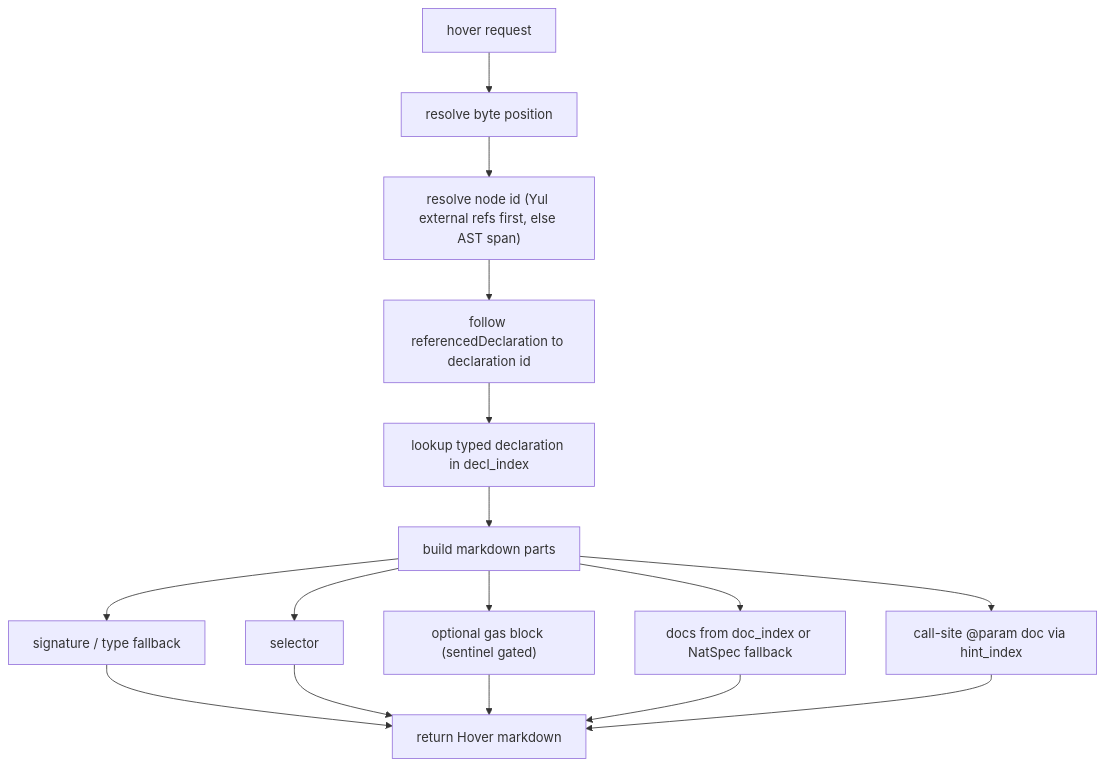
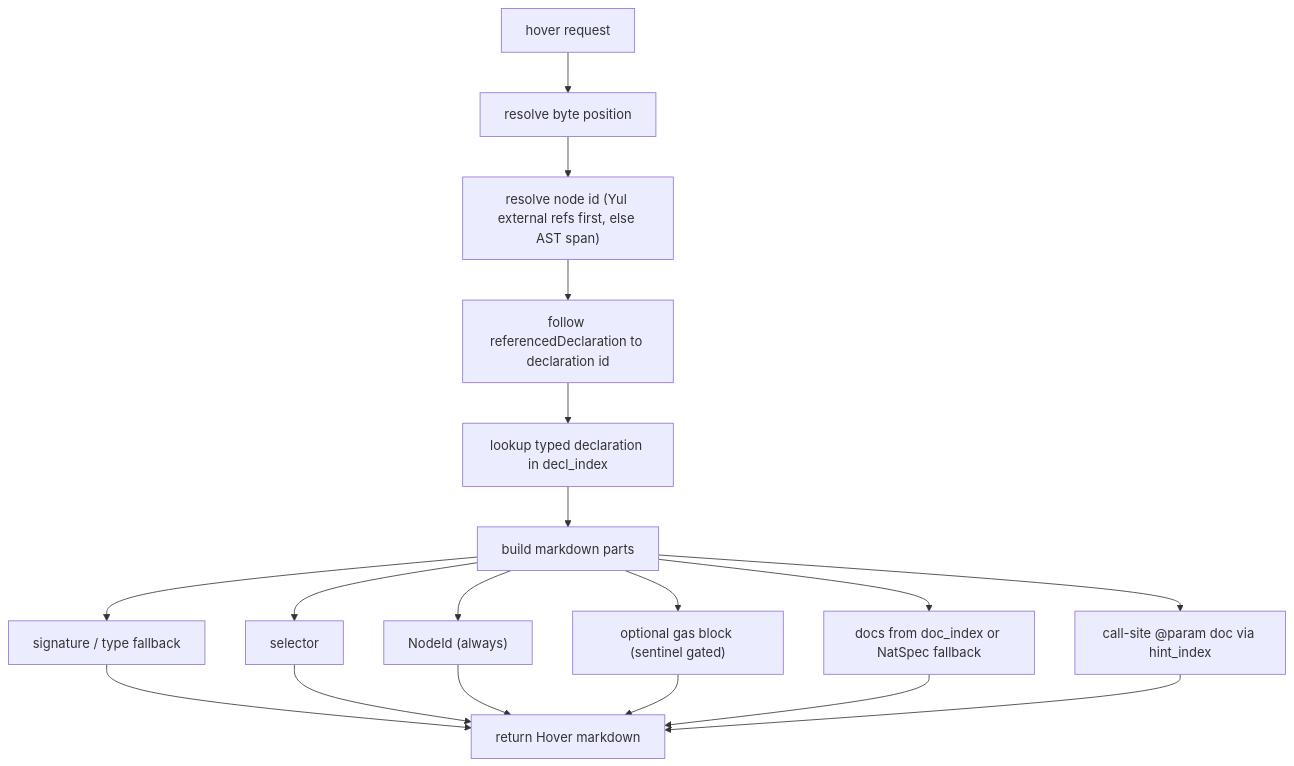
Before and after one commit to mmsaki/solidity-language-server: the diagram in docs/pages/reference/hover.md, drawn with Mermaid. The commit also changed other lines of this file and 19 other files, not shown here.

````diff
--- a/docs/pages/reference/hover.md
+++ b/docs/pages/reference/hover.md
@@ -40,18 +40,20 @@
 ```mermaid
 flowchart TD
   A["hover request"] --> B["resolve byte position"]
   B --> C["resolve node id (Yul external refs first, else AST span)"]
   C --> D["follow referencedDeclaration to declaration id"]
   D --> E["lookup typed declaration in decl_index"]
   E --> F["build markdown parts"]
   F --> G["signature / type fallback"]
   F --> H["selector"]
+  F --> H2["NodeId (always)"]
   F --> I["optional gas block (sentinel gated)"]
   F --> J["docs from doc_index or NatSpec fallback"]
   F --> K["call-site @param doc via hint_index"]
   G --> Z["return Hover markdown"]
   H --> Z
+  H2 --> Z
   I --> Z
   J --> Z
   K --> Z
 ```
````
